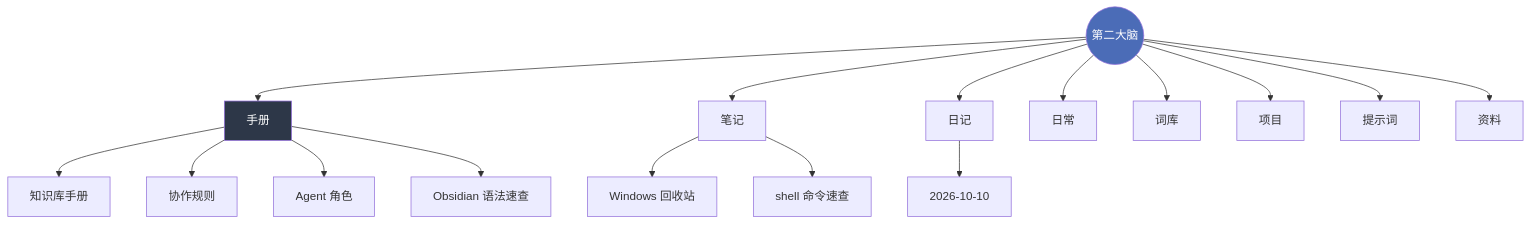
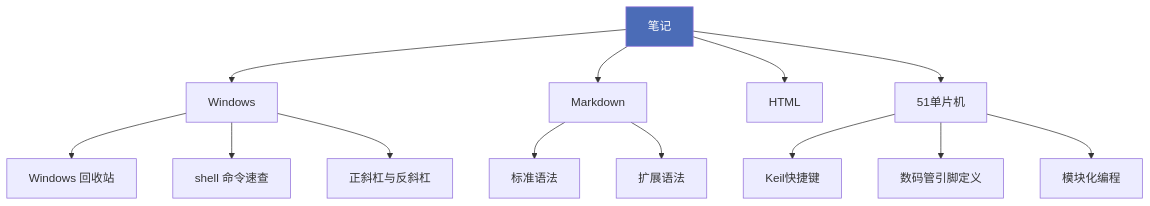
One commit to dasiwocom/wiki changed the diagram in content/index.md. Above: the diagram before and after it, drawn with Mermaid. The commit also changed other lines of this file and 87 other files, not shown here.

````diff
--- a/content/index.md
+++ b/content/index.md
@@ -37,23 +31,20 @@
 ```mermaid
 graph TD
-    Root((第二大脑)) --> M[手册]
-    Root --> N[笔记]
-    Root --> D[日记]
-    Root --> L[日常]
-    Root --> W[词库]
-    Root --> P[项目]
-    Root --> PR[提示词]
-    Root --> R[资料]
+    Root[笔记] --> A[Windows]
+    Root --> B[Markdown]
+    Root --> C[HTML]
+    Root --> D[51单片机]
 
-    M --> M1[知识库手册]
-    M --> M2[协作规则]
-    M --> M3[Agent 角色]
-    M --> M4[Obsidian 语法速查]
+    A --> A1[Windows 回收站]
+    A --> A2[shell 命令速查]
+    A --> A3[正斜杠与反斜杠]
 
-    N --> N1[Windows 回收站]
-    N --> N2[shell 命令速查]
-    D --> D1[2026-10-10]
+    B --> B1[标准语法]
+    B --> B2[扩展语法]
+
+    D --> D1[Keil快捷键]
+    D --> D2[数码管引脚定义]
+    D --> D3[模块化编程]
 
     style Root fill:#4b6cb7,color:#fff
-    style M fill:#2d3748,color:#fff
 ```
````
